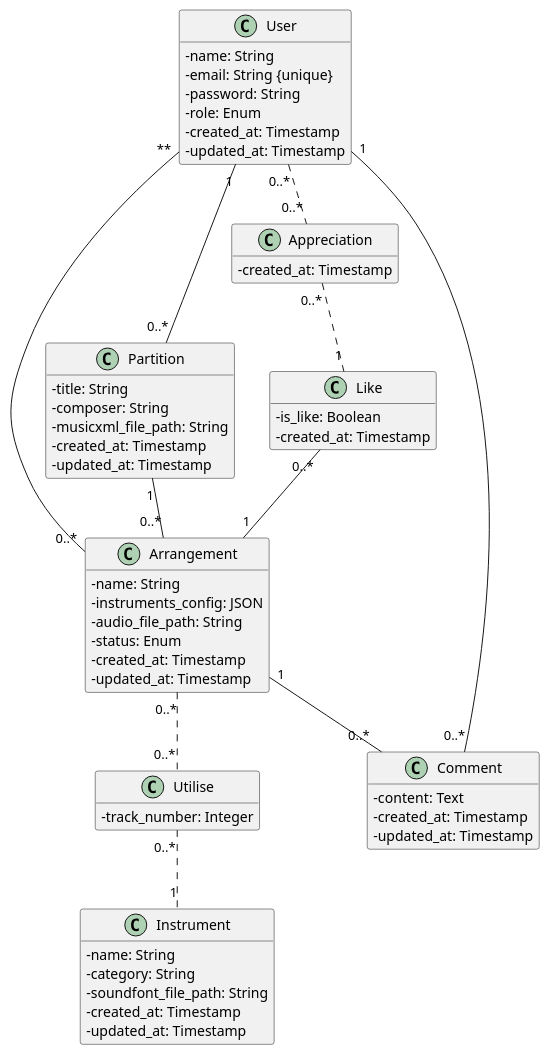
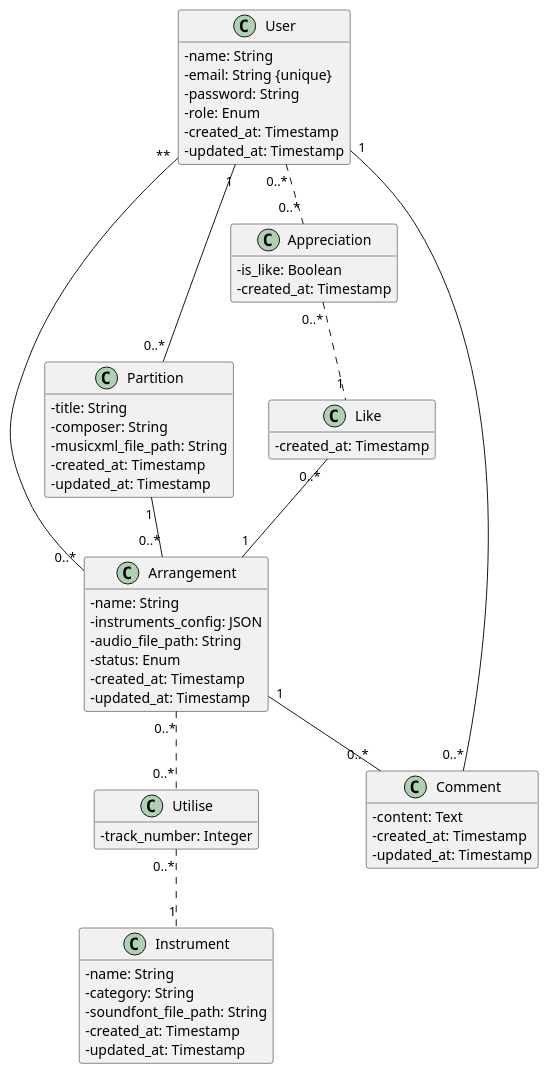
One commit to OretrO/Len-Synphonie changed the first of 2 diagrams in README.md. Above: the diagram before and after it, drawn with PlantUML. The commit also changed other lines of this file, not shown here.

````diff
--- a/README.md
+++ b/README.md
@@ -62,71 +62,71 @@
 ```plantuml
 skinparam classAttributeIconSize 0
 hide empty members
 
 class User {
   - name: String
   - email: String {unique}
   - password: String
   - role: Enum
   - created_at: Timestamp
   - updated_at: Timestamp
 }
 
 class Partition {
   - title: String
   - composer: String
   - musicxml_file_path: String
   - created_at: Timestamp
   - updated_at: Timestamp
 }
 
 class Arrangement {
   - name: String
   - instruments_config: JSON
   - audio_file_path: String
   - status: Enum
   - created_at: Timestamp
   - updated_at: Timestamp
 }
 
 class Instrument {
   - name: String
   - category: String
   - soundfont_file_path: String
   - created_at: Timestamp
   - updated_at: Timestamp
 }
 
 class Comment {
   - content: Text
   - created_at: Timestamp
   - updated_at: Timestamp
 }
 
 class Like {
-  - is_like: Boolean
   - created_at: Timestamp
 }
 
 class Utilise {
   - track_number: Integer
 }
 
 class Appreciation {
+  - is_like: Boolean
   - created_at: Timestamp
 }
 
 User "1" -- "0..*" Partition
 User "**" -- "0..*" Arrangement
 User "1" -- "0..*" Comment
 
 Partition "1" -- "0..*" Arrangement
 
 Arrangement "1" -- "0..*" Comment
 Arrangement "0..*" .. "0..*" Utilise
 Utilise "0..*" .. "1" Instrument
 
 User "0..*" .. "0..*" Appreciation
 Appreciation "0..*" .. "1" Like
 Like "0..*" -- "1" Arrangement
 ```
````
